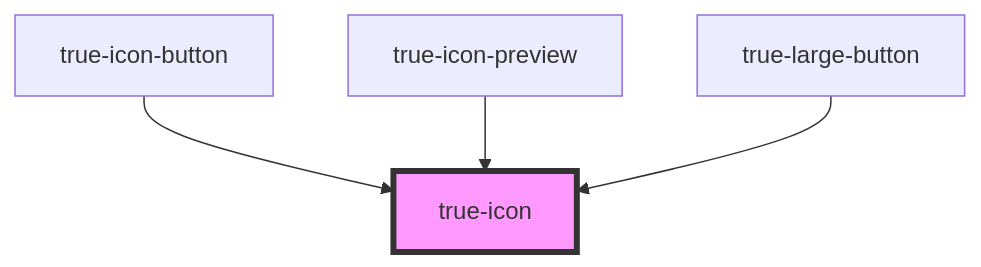
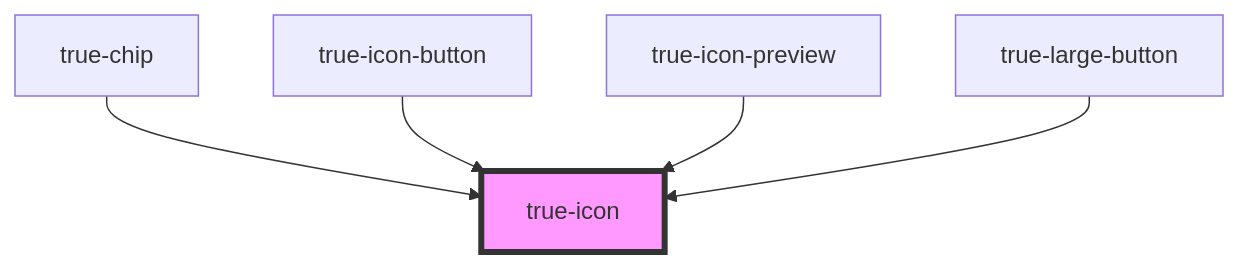
Before and after one commit to bbjdt2224/true-component-library: the diagram in src/components/icon/readme.md, drawn with Mermaid. The commit also changed other lines of this file and 30 other files, not shown here.

````diff
--- a/src/components/icon/readme.md
+++ b/src/components/icon/readme.md
@@ -28,7 +29,8 @@
 ```mermaid
 graph TD;
+  true-chip --> true-icon
   true-icon-button --> true-icon
   true-icon-preview --> true-icon
   true-large-button --> true-icon
   style true-icon fill:#f9f,stroke:#333,stroke-width:4px
 ```
````
